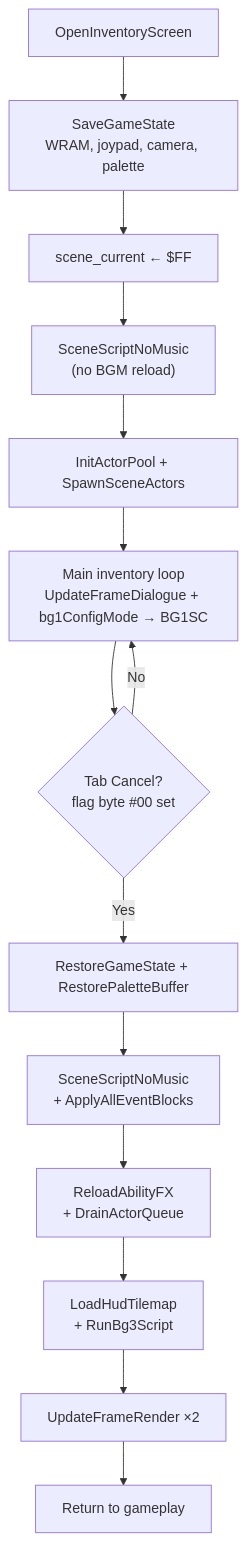
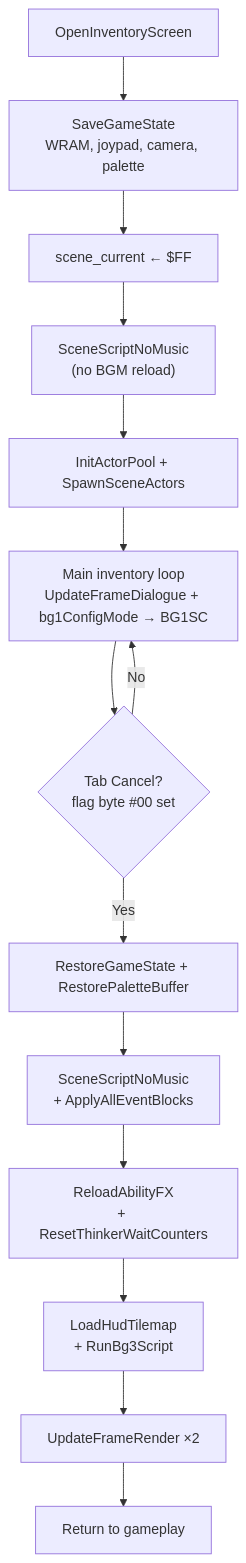
One commit to Azarem/gaia-iog-baserom changed the diagram in docs/code/bank02/inventory-overlay.md. Above: the diagram before and after it, drawn with Mermaid. The commit also changed other lines of this file and 228 other files, not shown here.

````diff
--- a/docs/code/bank02/inventory-overlay.md
+++ b/docs/code/bank02/inventory-overlay.md
@@ -15,16 +15,16 @@
 ```mermaid
 flowchart TD
     OPEN["OpenInventoryScreen"] --> SAVE["SaveGameState<br/>WRAM, joypad, camera, palette"]
     SAVE --> SCENE["scene_current ← $FF"]
     SCENE --> Script["SceneScriptNoMusic<br/>(no BGM reload)"]
     Script --> Init["InitActorPool + SpawnSceneActors"]
     Init --> LOOP["Main inventory loop<br/>UpdateFrameDialogue + bg1ConfigMode → BG1SC"]
     LOOP --> EXIT{"Tab Cancel?<br/>flag byte #00 set"}
     EXIT -->|No| LOOP
     EXIT -->|Yes| RESTORE["RestoreGameState + RestorePaletteBuffer"]
     RESTORE --> ReloadScene["SceneScriptNoMusic<br/>+ ApplyAllEventBlocks"]
-    ReloadScene --> RELOAD["ReloadAbilityFX<br/>+ DrainActorQueue"]
+    ReloadScene --> RELOAD["ReloadAbilityFX<br/>+ ResetThinkerWaitCounters"]
     RELOAD --> HUD["LoadHudTilemap<br/>+ RunBg3Script"]
     HUD --> Render["UpdateFrameRender ×2"]
     Render --> DONE["Return to gameplay"]
 ```
````
